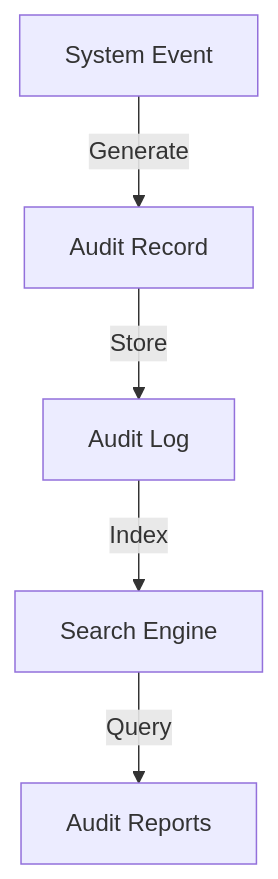
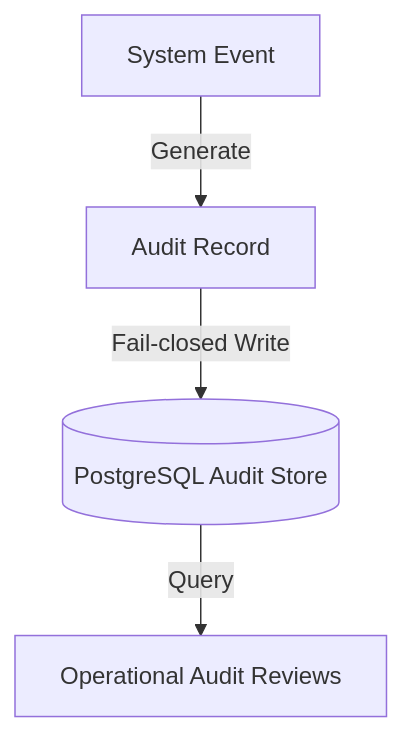
One commit to UCLH-Digital-Innovation-Hub/Xhuma changed the tenth of 12 diagrams in docs/data_flow.md. Above: the diagram before and after it, drawn with Mermaid. The commit also changed other lines of this file and 2 other files, not shown here.

Commit message:
docs: sanitise generic resource names and align technical architecture flows

````diff
--- a/docs/data_flow.md
+++ b/docs/data_flow.md
@@ -177,7 +179,6 @@
 ```mermaid
 flowchart TD
     A[System Event] -->|Generate| B[Audit Record]
-    B -->|Store| C[Audit Log]
-    C -->|Index| D[Search Engine]
-    D -->|Query| E[Audit Reports]
+    B -->|Fail-closed Write| C[(PostgreSQL Audit Store)]
+    C -->|Query| D[Operational Audit Reviews]
 ```
````
